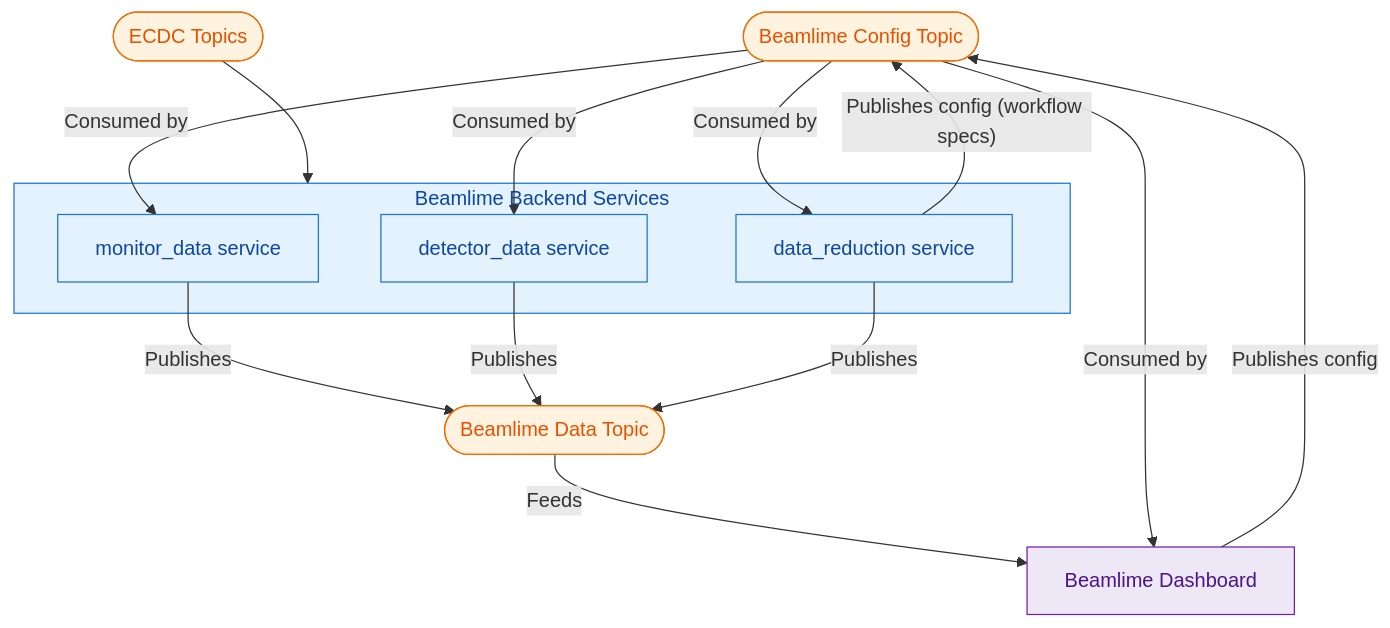
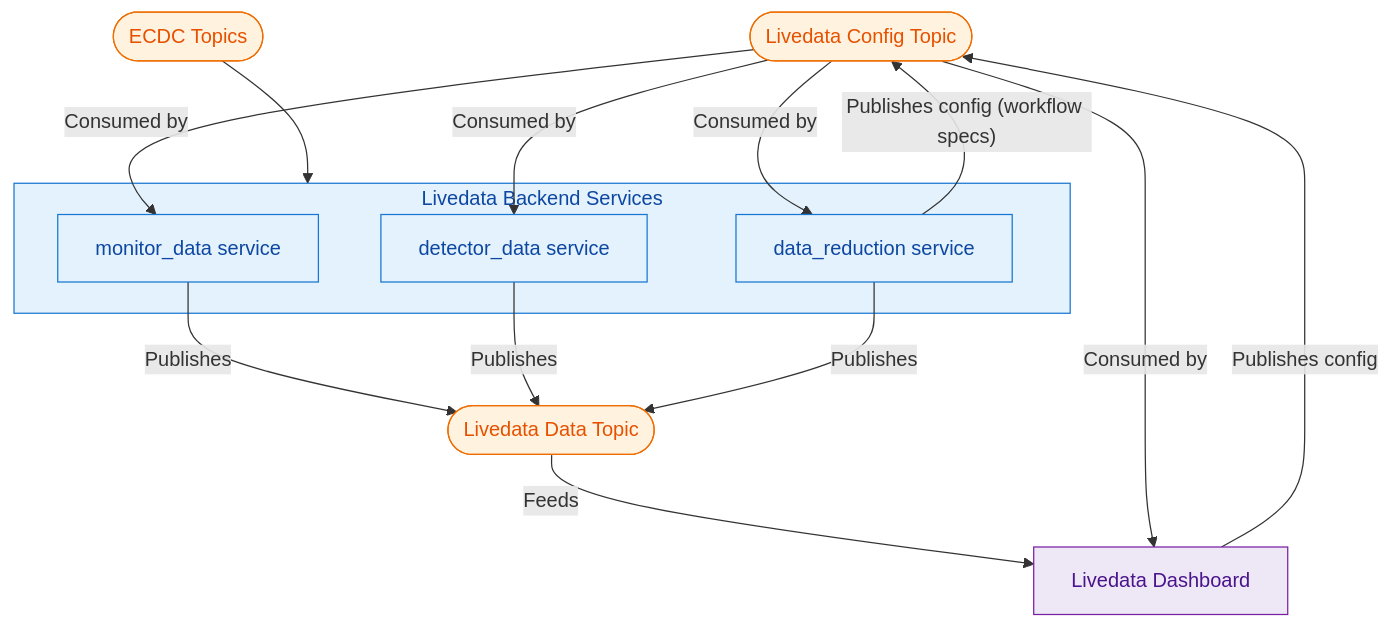
One commit to scipp/beamlime changed the first of 7 diagrams in docs/developer/design/dashboard-architecture.md. Above: the diagram before and after it, drawn with Mermaid. The commit also changed other lines of this file and 13 other files, not shown here.

````diff
--- a/docs/developer/design/dashboard-architecture.md
+++ b/docs/developer/design/dashboard-architecture.md
@@ -26,40 +26,40 @@
 ```mermaid
 flowchart TD
-    ConfigTopic(["Beamlime Config Topic"])
-    DataTopic(["Beamlime Data Topic"])
+    ConfigTopic(["Livedata Config Topic"])
+    DataTopic(["Livedata Data Topic"])
     ECDCTopic(["ECDC Topics"])
 
-    subgraph BackendServices["Beamlime Backend Services"]
+    subgraph BackendServices["Livedata Backend Services"]
         MonitorData["monitor_data service"]
         DetectorData["detector_data service"]
         DataReduction["data_reduction service"]
     end
 
-    DashboardApp["Beamlime Dashboard"]
+    DashboardApp["Livedata Dashboard"]
 
     %% Raw data from ECDC topics
     ECDCTopic --> BackendServices
 
     %% Data publishing
     MonitorData -- Publishes --> DataTopic
     DetectorData -- Publishes --> DataTopic
     DataReduction -- Publishes --> DataTopic
 
     %% Data consumption by dashboard
     DataTopic -- Feeds --> DashboardApp
 
     %% Config flows
     ConfigTopic -- Consumed by --> MonitorData
     ConfigTopic -- Consumed by --> DetectorData
     ConfigTopic -- Consumed by --> DataReduction
     ConfigTopic -- Consumed by --> DashboardApp
     DashboardApp -- Publishes config --> ConfigTopic
     DataReduction -- Publishes config (workflow specs) --> ConfigTopic
 
     classDef kafka fill:#fff3e0,stroke:#ef6c00,color:#e65100;
     classDef backend fill:#e3f2fd,stroke:#1976d2,color:#0d47a1;
     classDef dashboard fill:#ede7f6,stroke:#7b1fa2,color:#4a148c;
     class ConfigTopic,DataTopic,ECDCTopic kafka;
     class BackendServices,MonitorData,DetectorData,DataReduction backend;
     class DashboardApp dashboard;
 ```
````
